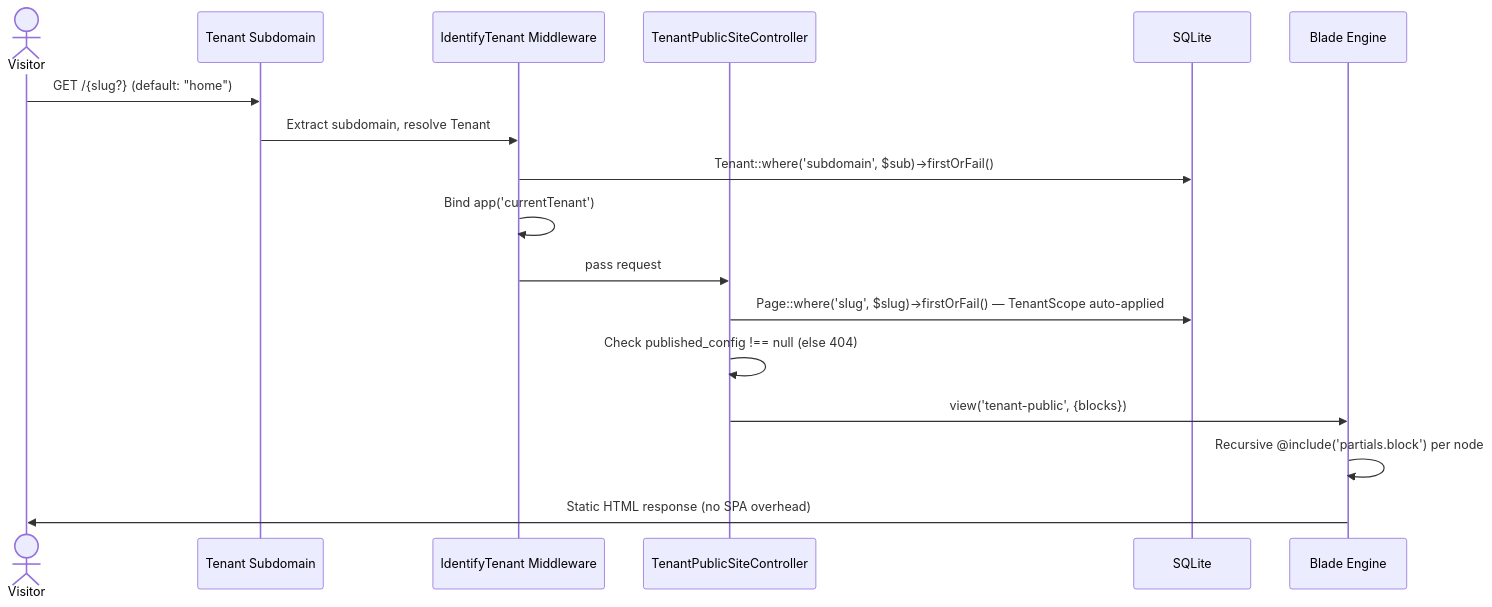
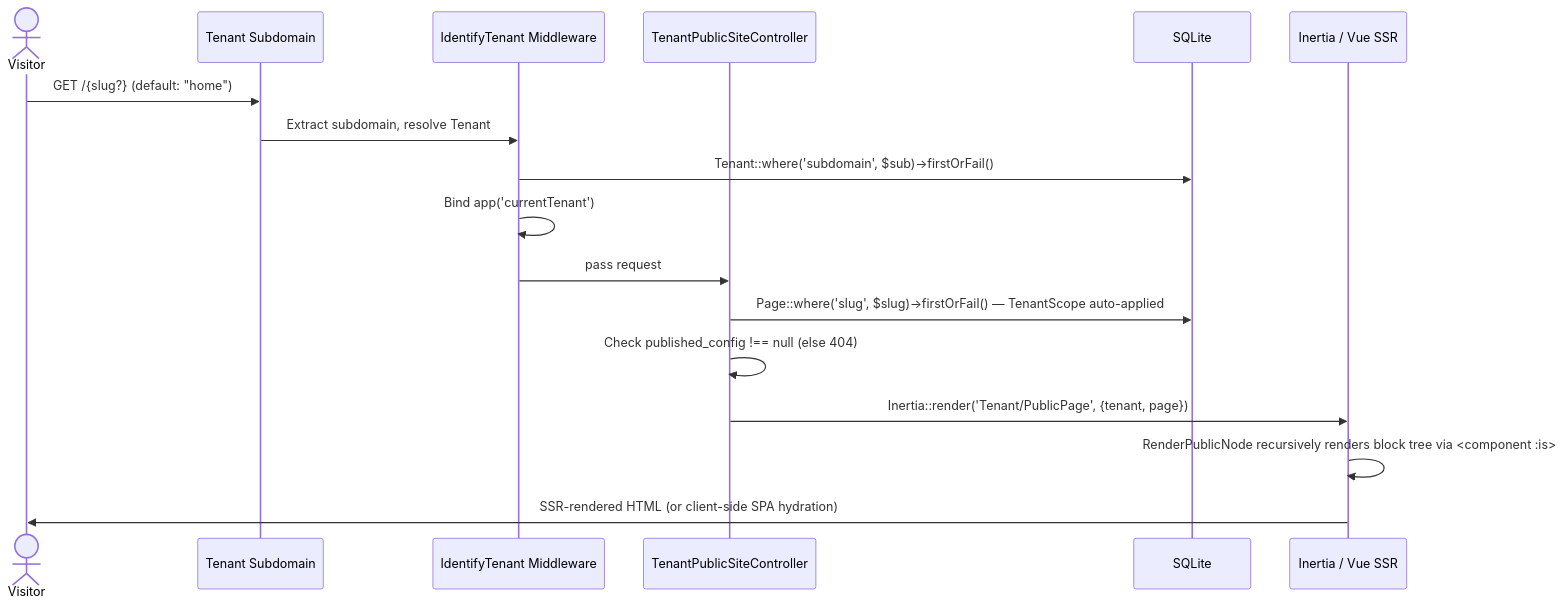
One commit to TDRodney/web-builder changed the sixth of 7 diagrams in spec.md. Above: the diagram before and after it, drawn with Mermaid. The commit also changed other lines of this file and 2 other files, not shown here.

````diff
--- a/spec.md
+++ b/spec.md
@@ -385,20 +447,20 @@
 ```mermaid
 sequenceDiagram
     actor Visitor
     participant Tenant as Tenant Subdomain
     participant MW as IdentifyTenant Middleware
     participant Controller as TenantPublicSiteController
     participant DB as SQLite
-    participant Blade as Blade Engine
+    participant Vue as Inertia / Vue SSR
 
     Visitor->>Tenant: GET /{slug?} (default: "home")
     Tenant->>MW: Extract subdomain, resolve Tenant
     MW->>DB: Tenant::where('subdomain', $sub)->firstOrFail()
     MW->>MW: Bind app('currentTenant')
     MW->>Controller: pass request
     Controller->>DB: Page::where('slug', $slug)->firstOrFail() — TenantScope auto-applied
     Controller->>Controller: Check published_config !== null (else 404)
-    Controller->>Blade: view('tenant-public', {blocks})
-    Blade->>Blade: Recursive @include('partials.block') per node
-    Blade->>Visitor: Static HTML response (no SPA overhead)
+    Controller->>Vue: Inertia::render('Tenant/PublicPage', {tenant, page})
+    Vue->>Vue: RenderPublicNode recursively renders block tree via <component :is>
+    Vue->>Visitor: SSR-rendered HTML (or client-side SPA hydration)
 ```
````
